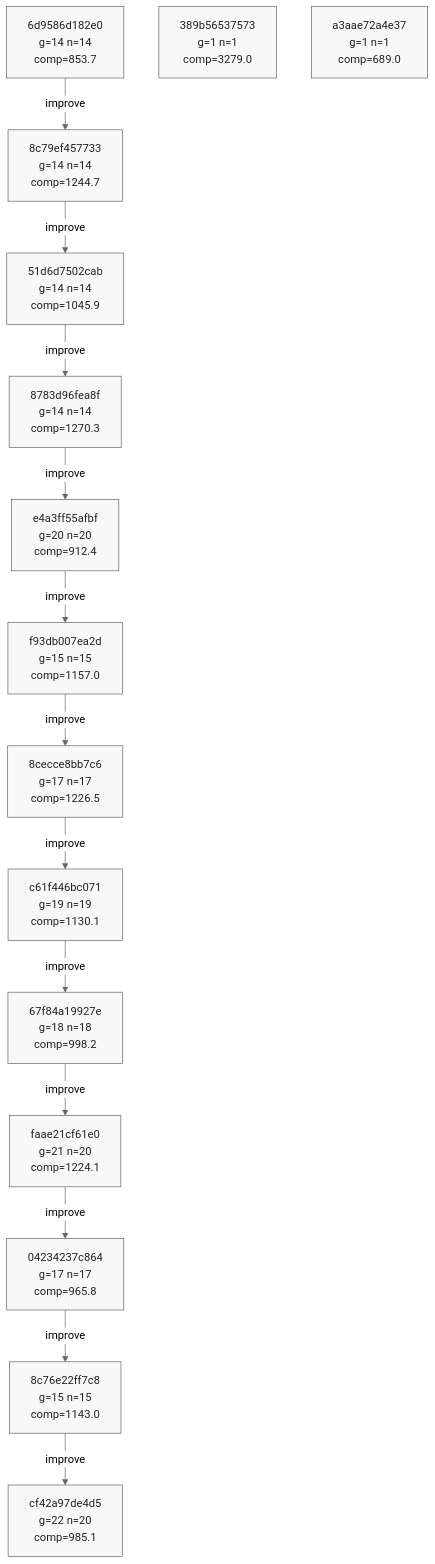
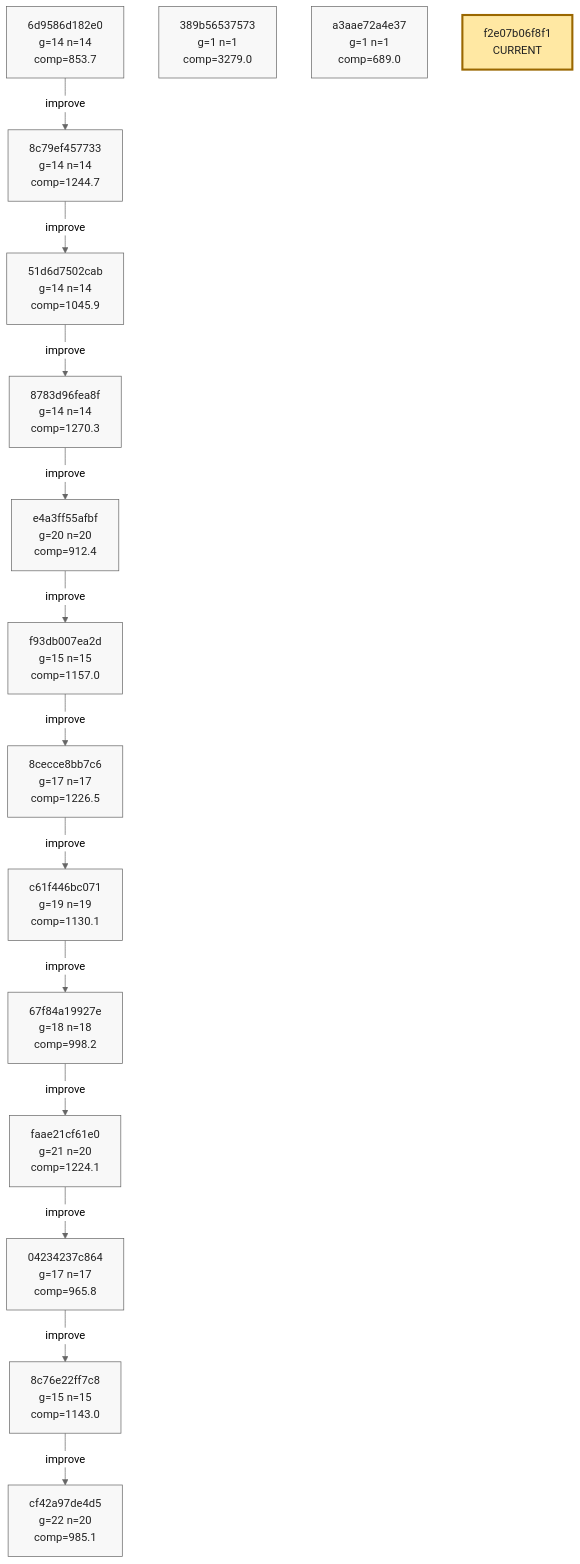
The eighth of 8 diagrams in phyrogenetic-tree.md (azumag/soviet_now), drawn with Mermaid (neutral theme) before and after one commit. The commit also changed other lines of this file and 2 other files, not shown here.

````diff
--- a/phyrogenetic-tree.md
+++ b/phyrogenetic-tree.md
@@ -1936,52 +1916,54 @@
 ```mermaid
 flowchart TD
     h_6d9586d182e0["6d9586d182e0<br/>g=14 n=14<br/>comp=853.7"]
     h_8c79ef457733["8c79ef457733<br/>g=14 n=14<br/>comp=1244.7"]
     h_51d6d7502cab["51d6d7502cab<br/>g=14 n=14<br/>comp=1045.9"]
     h_8783d96fea8f["8783d96fea8f<br/>g=14 n=14<br/>comp=1270.3"]
     h_e4a3ff55afbf["e4a3ff55afbf<br/>g=20 n=20<br/>comp=912.4"]
     h_f93db007ea2d["f93db007ea2d<br/>g=15 n=15<br/>comp=1157.0"]
     h_8cecce8bb7c6["8cecce8bb7c6<br/>g=17 n=17<br/>comp=1226.5"]
     h_c61f446bc071["c61f446bc071<br/>g=19 n=19<br/>comp=1130.1"]
     h_67f84a19927e["67f84a19927e<br/>g=18 n=18<br/>comp=998.2"]
     h_faae21cf61e0["faae21cf61e0<br/>g=21 n=20<br/>comp=1224.1"]
     h_04234237c864["04234237c864<br/>g=17 n=17<br/>comp=965.8"]
     h_8c76e22ff7c8["8c76e22ff7c8<br/>g=15 n=15<br/>comp=1143.0"]
     h_cf42a97de4d5["cf42a97de4d5<br/>g=22 n=20<br/>comp=985.1"]
     h_389b56537573["389b56537573<br/>g=1 n=1<br/>comp=3279.0"]
     h_a3aae72a4e37["a3aae72a4e37<br/>g=1 n=1<br/>comp=689.0"]
+    h_f2e07b06f8f1["f2e07b06f8f1<br/>CURRENT"]
 
     h_6d9586d182e0 -->|improve| h_8c79ef457733
     h_8c79ef457733 -->|improve| h_51d6d7502cab
     h_51d6d7502cab -->|improve| h_8783d96fea8f
     h_8783d96fea8f -->|improve| h_e4a3ff55afbf
     h_e4a3ff55afbf -->|improve| h_f93db007ea2d
     h_f93db007ea2d -->|improve| h_8cecce8bb7c6
     h_8cecce8bb7c6 -->|improve| h_c61f446bc071
     h_c61f446bc071 -->|improve| h_67f84a19927e
     h_67f84a19927e -->|improve| h_faae21cf61e0
     h_faae21cf61e0 -->|improve| h_04234237c864
     h_04234237c864 -->|improve| h_8c76e22ff7c8
     h_8c76e22ff7c8 -->|improve| h_cf42a97de4d5
 
     classDef plain fill:#f8f8f8,stroke:#666,stroke-width:1px,color:#222;
     classDef current fill:#ffe8a3,stroke:#9a6700,stroke-width:3px,color:#222;
     classDef anchor fill:#d7f5dd,stroke:#1f6f43,stroke-width:3px,color:#222;
     classDef current_anchor fill:#f3e4a8,stroke:#1f6f43,stroke-width:4px,color:#222;
 
     class h_6d9586d182e0 plain;
     class h_8c79ef457733 plain;
     class h_51d6d7502cab plain;
     class h_8783d96fea8f plain;
     class h_e4a3ff55afbf plain;
     class h_f93db007ea2d plain;
     class h_8cecce8bb7c6 plain;
     class h_c61f446bc071 plain;
     class h_67f84a19927e plain;
     class h_faae21cf61e0 plain;
     class h_04234237c864 plain;
     class h_8c76e22ff7c8 plain;
     class h_cf42a97de4d5 plain;
     class h_389b56537573 plain;
     class h_a3aae72a4e37 plain;
+    class h_f2e07b06f8f1 current;
 ```
````
